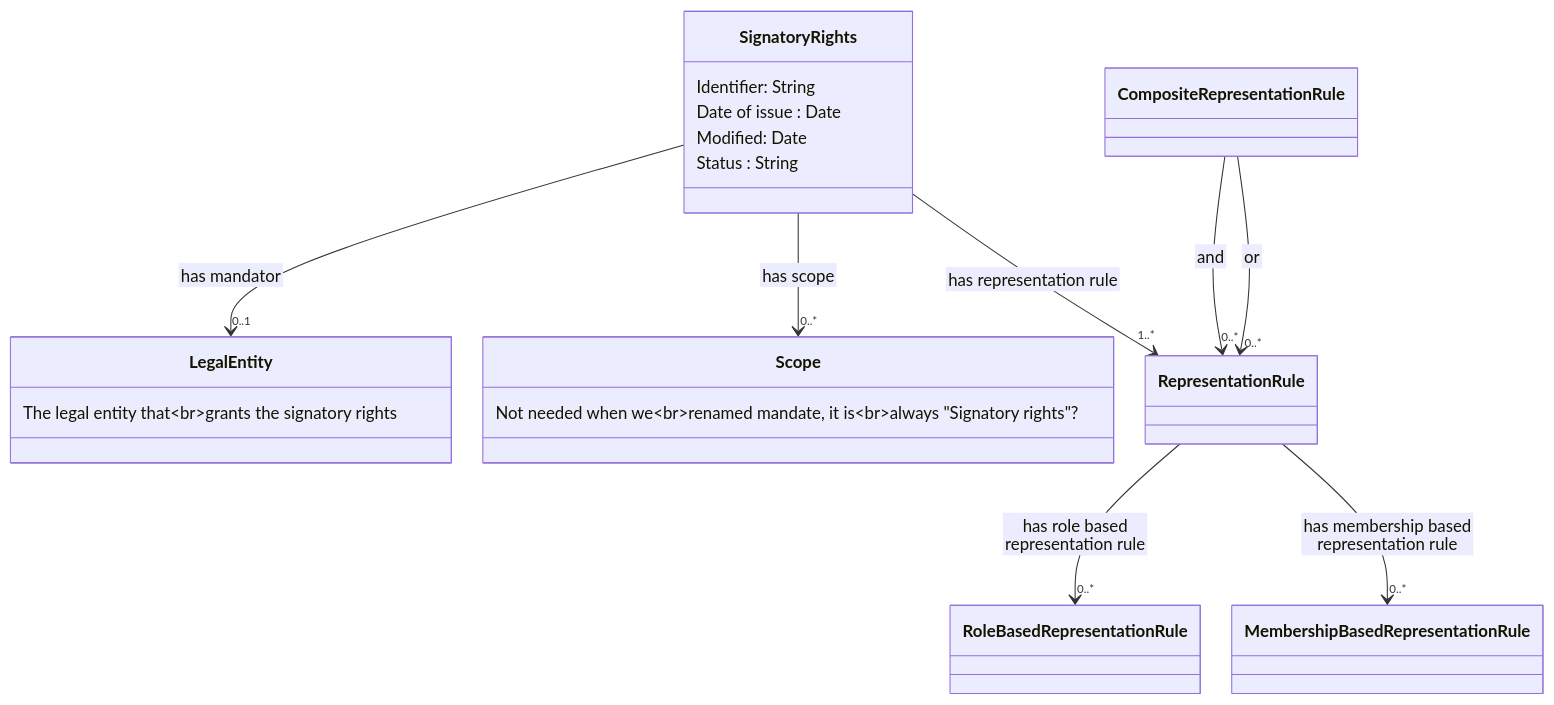
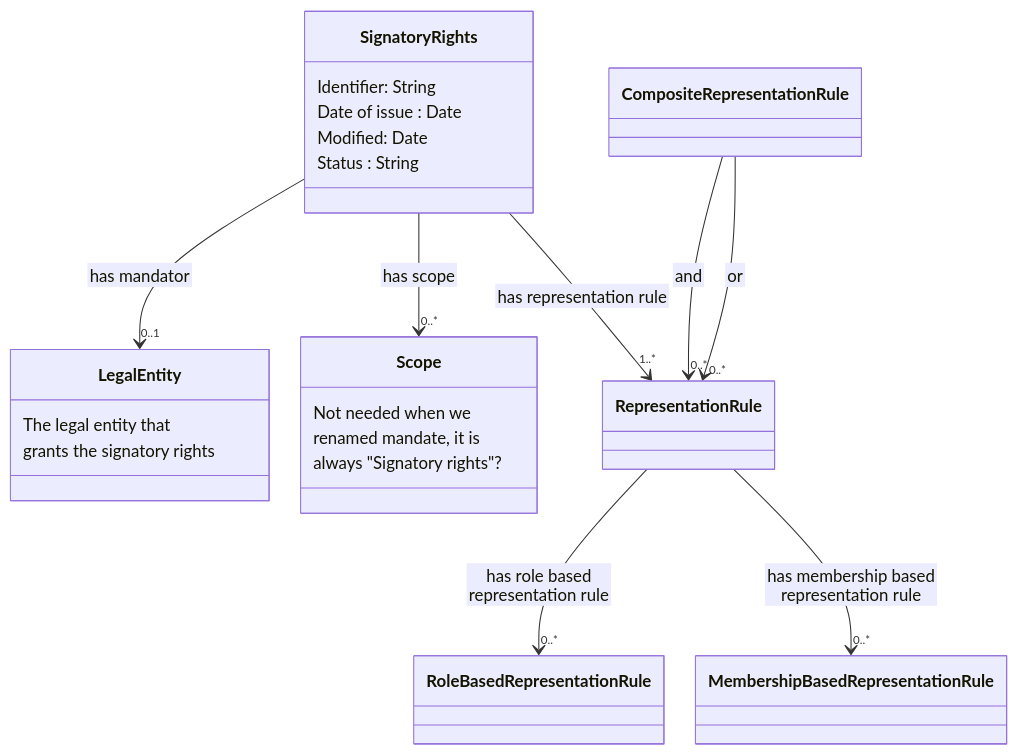
The diagram in README.md (nordicsmartgovernment/Nordic-Signatory-Rights-Model), drawn with Mermaid before and after one commit.

````diff
--- a/README.md
+++ b/README.md
@@ -22,39 +22,42 @@
 ```mermaid
  %%{init:{'flowchart':{'nodeSpacing': 30, 'rankSpacing': 95, 'htmlLabels': false}}}%%
     classDiagram
        
         class Signatory Rights {
             Identifier: String
             Date of issue : Date
             Modified: Date
             Status : String
         }
 
         Signatory Rights --> "0..1" Legal Entity : has mandator
         Signatory Rights --> "0..*" Scope : has scope
         Signatory Rights --> "1..*" Representation Rule : has representation rule
 
         class Legal Entity {
-           The legal entity that<br>grants the signatory rights
+           The legal entity that
+           grants the signatory rights
         }
 
         class Scope {
-           Not needed when we<br>renamed mandate, it is<br>always "Signatory rights"?
+           Not needed when we
+           renamed mandate, it is
+           always "Signatory rights"?
         }
 
         class Representation Rule {
         }
 
         Representation Rule  --> "0..*" Role Based Representation Rule : has role based representation rule
         Representation Rule --> "0..*" Membership Based Representation Rule : has membership based representation rule
 
         class Composite Representation Rule {
         }
 
         Composite Representation Rule --> "0..*" Representation Rule : and
         Composite Representation Rule --> "0..*" Representation Rule : or
 
         class Scope {
         }
 
 ```
````
